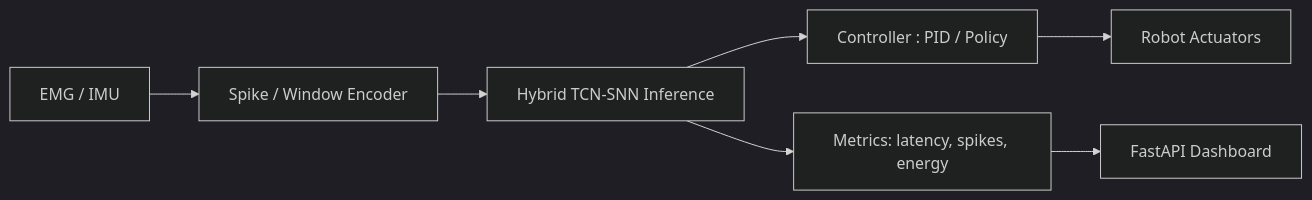
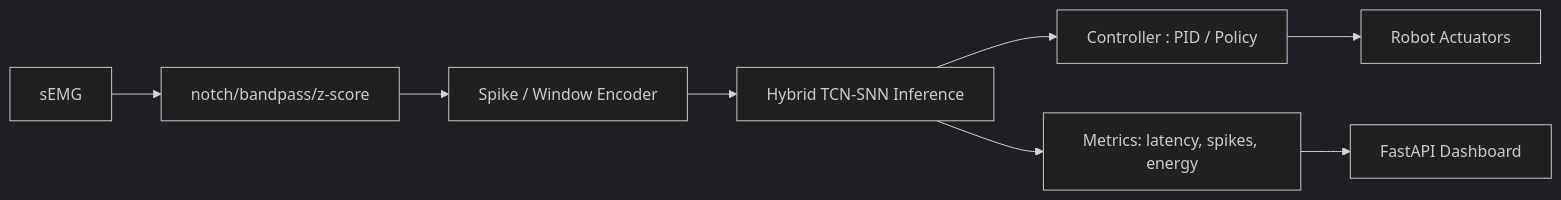
The diagram in README.md (parkjunho12/edge-snn-robot-template), drawn with Mermaid (dark theme) before and after one commit. The commit also changed other lines of this file, not shown here.

````diff
--- a/README.md
+++ b/README.md
@@ -114,9 +89,12 @@
 ```mermaid
 flowchart LR
-  SENS[EMG / IMU] --> ENC[Spike / Window Encoder]
+  SENS[sEMG] --> PREPROC[notch/bandpass/z-score]
+  PREPROC[notch/bandpass/z-score] --> ENC[Spike / Window Encoder]
   ENC --> HYB[Hybrid TCN-SNN Inference]
   HYB --> CTRL[Controller : PID / Policy]
   CTRL --> ACT[Robot Actuators]
+
+
   HYB --> MET[Metrics: latency, spikes, energy]
   MET --> API_NODE[FastAPI Dashboard]
 ```
````
